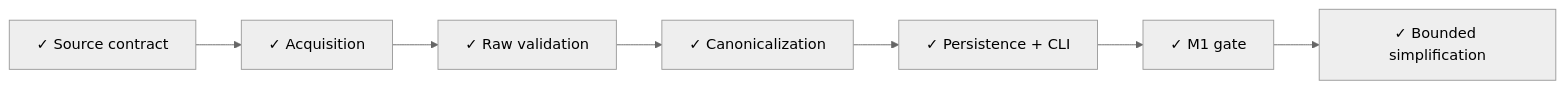
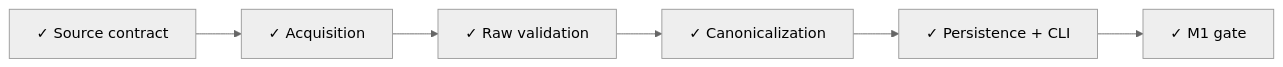
One commit to stevennitesh/manufacturing-process-intelligence changed the diagram in docs/milestones/m01-injection-molding-ingestion.md. Above: the diagram before and after it, drawn with Mermaid (neutral theme). The commit also changed other lines of this file and 28 other files, not shown here.

````diff
--- a/docs/milestones/m01-injection-molding-ingestion.md
+++ b/docs/milestones/m01-injection-molding-ingestion.md
@@ -12,7 +12,6 @@
 ```mermaid
 flowchart LR
     S["✓ Source contract"] --> A["✓ Acquisition"] --> V["✓ Raw validation"]
     V --> C["✓ Canonicalization"] --> P["✓ Persistence + CLI"]
     P --> G["✓ M1 gate"]
-    G --> F["✓ Bounded simplification"]
 ```
````
